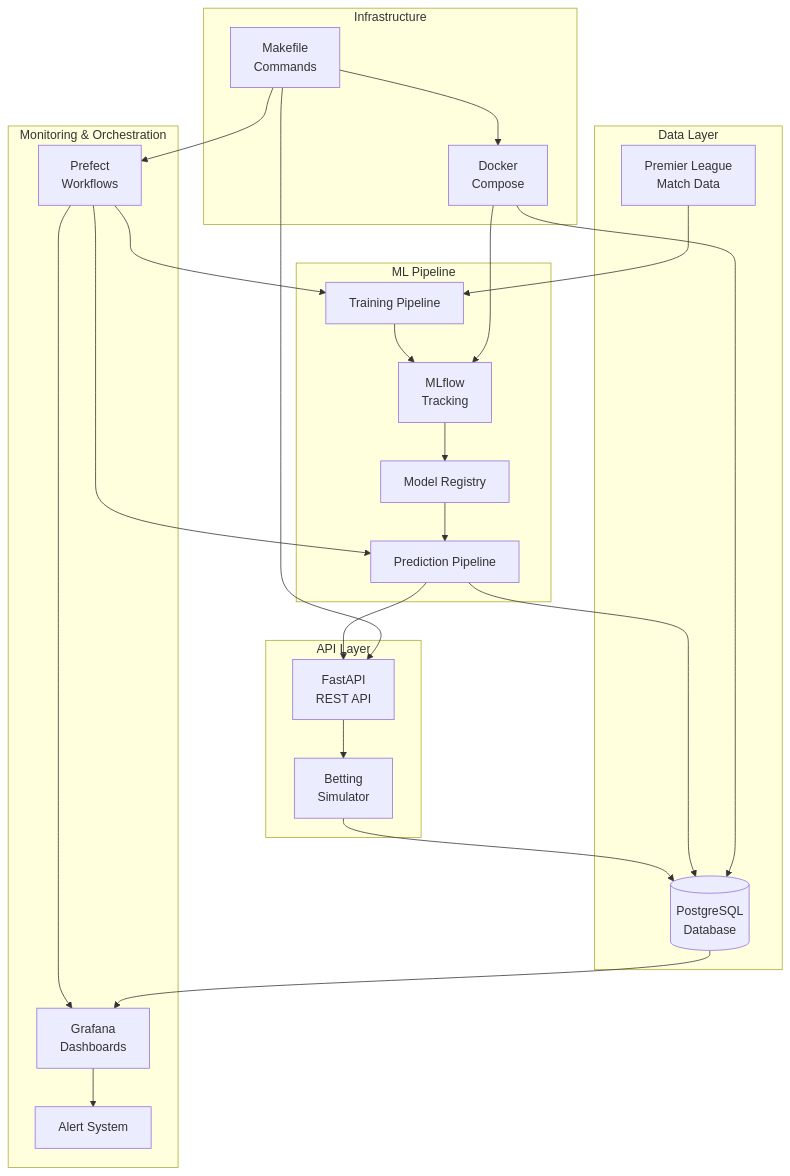
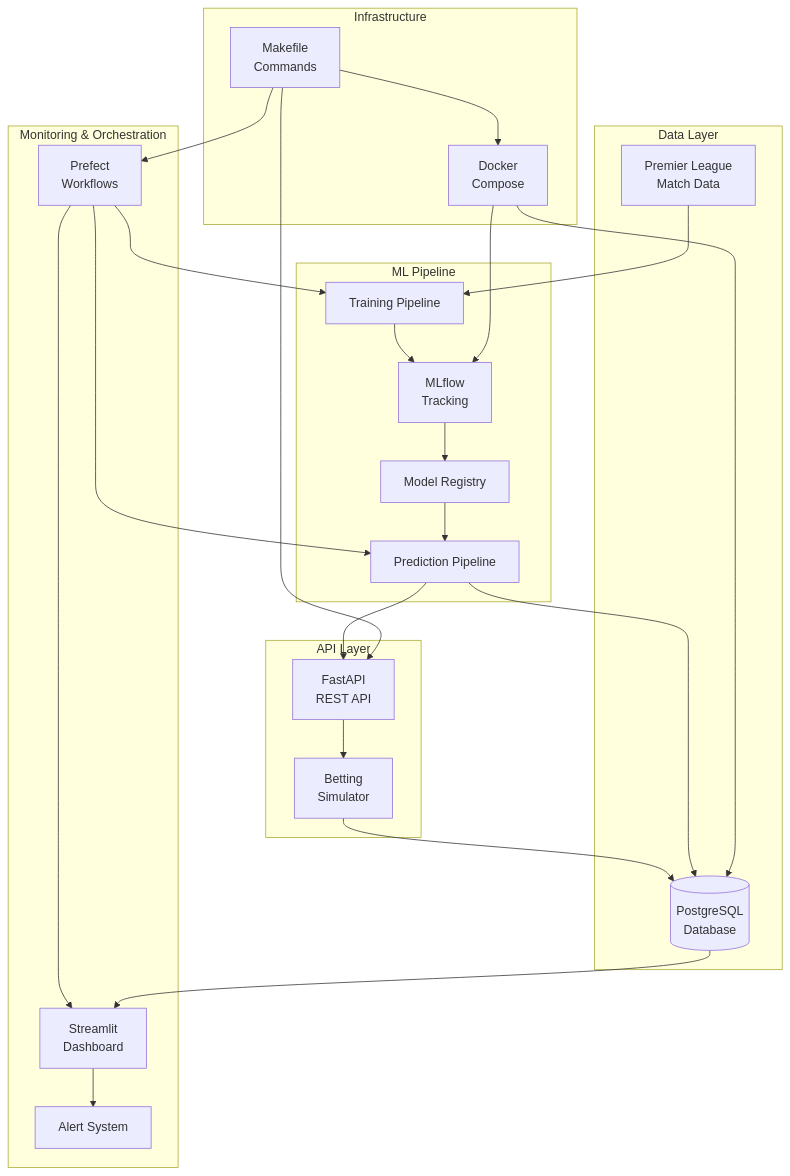
The diagram in README.md (RuiFSP/mlops-2025-final_project), drawn with Mermaid before and after one commit. The commit also changed other lines of this file and 22 other files, not shown here.

Commit message:
Streamlit dashboard improvements: removed unnecessary sections, fixed navigation, added troubleshooting

````diff
--- a/README.md
+++ b/README.md
@@ -195,51 +210,51 @@
 ```mermaid
 graph TB
     subgraph "Data Layer"
         PG[(PostgreSQL<br/>Database)]
         DATA[Premier League<br/>Match Data]
     end
 
     subgraph "ML Pipeline"
         TRAIN[Training Pipeline]
         MLF[MLflow<br/>Tracking]
         MODEL[Model Registry]
         PRED[Prediction Pipeline]
     end
 
     subgraph "API Layer"
         API[FastAPI<br/>REST API]
         BET[Betting<br/>Simulator]
     end
 
     subgraph "Monitoring & Orchestration"
         PREF[Prefect<br/>Workflows]
-        GRAF[Grafana<br/>Dashboards]
+        STREAM[Streamlit<br/>Dashboard]
         ALERT[Alert System]
     end
 
     subgraph "Infrastructure"
         DOCKER[Docker<br/>Compose]
         MAKE[Makefile<br/>Commands]
     end
 
     DATA --> TRAIN
     TRAIN --> MLF
     MLF --> MODEL
     MODEL --> PRED
     PRED --> API
     API --> BET
     BET --> PG
     PRED --> PG
 
     PREF --> TRAIN
     PREF --> PRED
-    PREF --> GRAF
-    GRAF --> ALERT
-    PG --> GRAF
+    PREF --> STREAM
+    STREAM --> ALERT
+    PG --> STREAM
 
     DOCKER --> PG
     DOCKER --> MLF
     MAKE --> DOCKER
     MAKE --> API
     MAKE --> PREF
 ```
````
